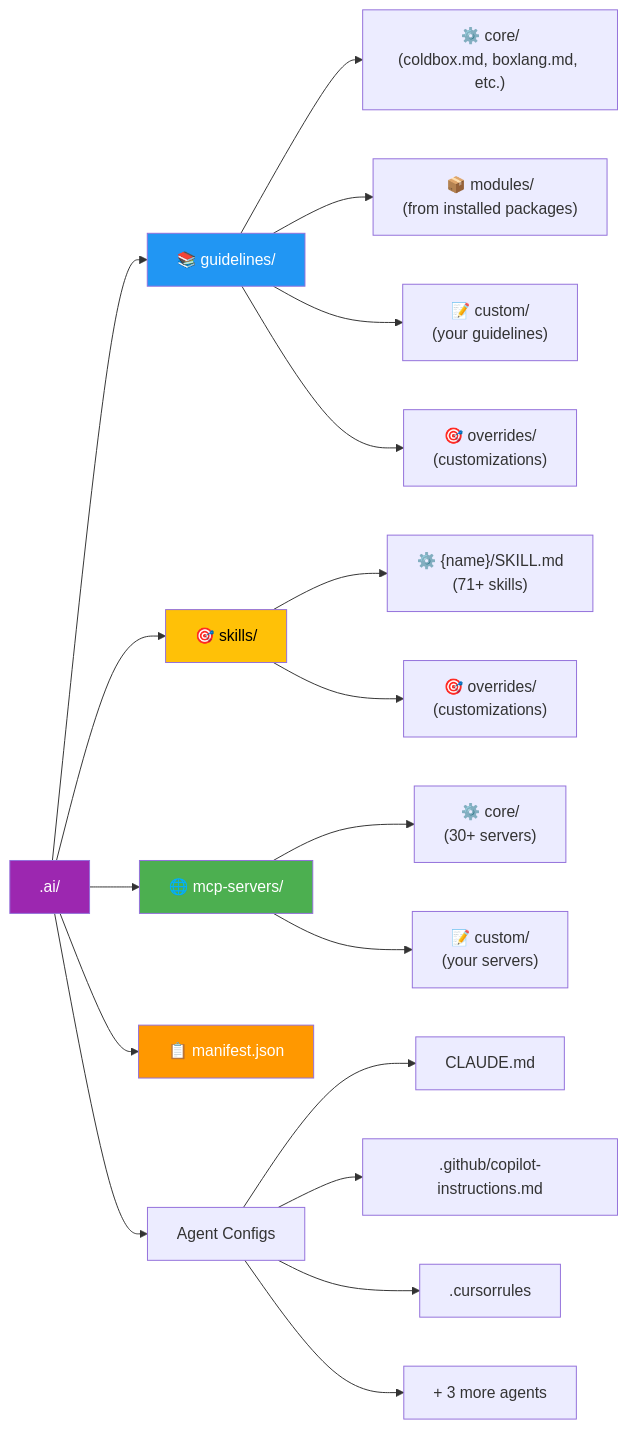
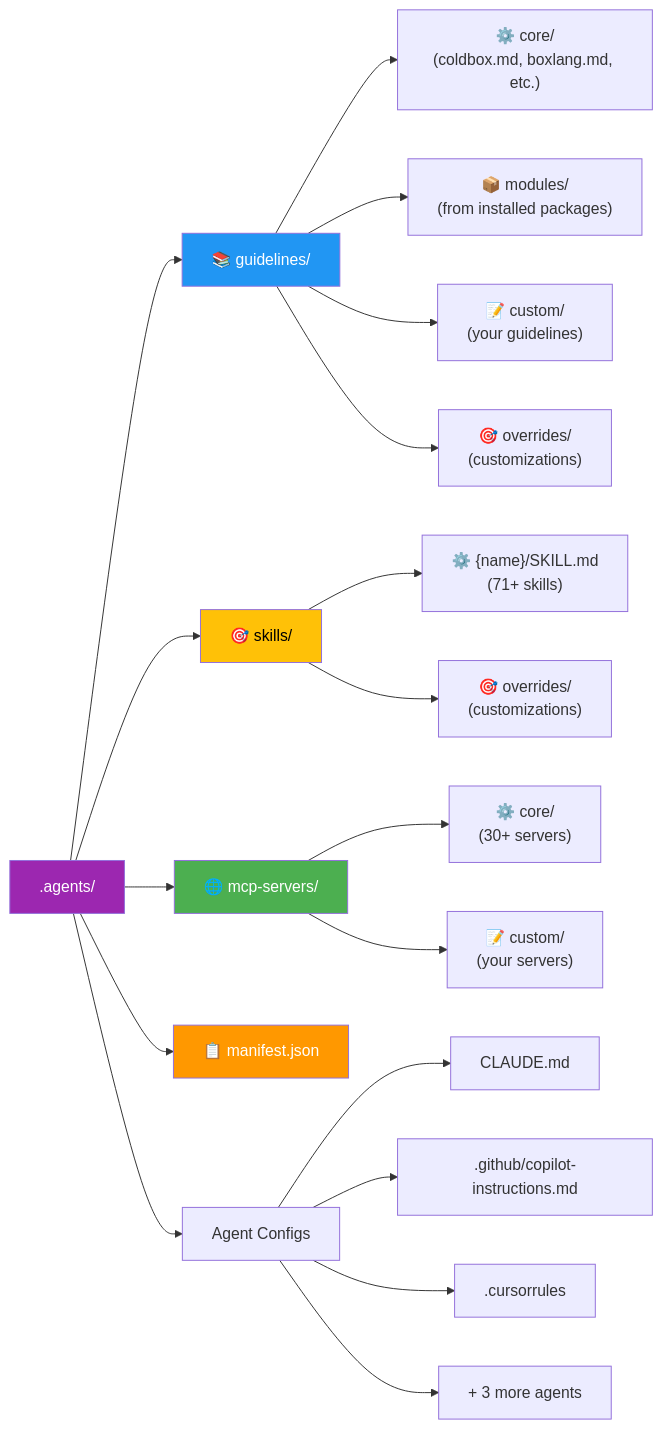
One commit to ortus-docs/coldbox-docs changed the third of 8 diagrams in digging-deeper/ai/agentic-coldbox.md. Above: the diagram before and after it, drawn with Mermaid. The commit also changed other lines of this file, not shown here.

````diff
--- a/digging-deeper/ai/agentic-coldbox.md
+++ b/digging-deeper/ai/agentic-coldbox.md
@@ -178,32 +178,32 @@
 ```mermaid
 graph LR
-    Root[".ai/"]
+    Root[".agents/"]
 
     Root --> Guidelines["📚 guidelines/"]
     Root --> Skills["🎯 skills/"]
     Root --> MCP["🌐 mcp-servers/"]
     Root --> Manifest["📋 manifest.json"]
 
     Guidelines --> GCore["⚙️ core/\n(coldbox.md, boxlang.md, etc.)"]
     Guidelines --> GModules["📦 modules/\n(from installed packages)"]
     Guidelines --> GCustom["📝 custom/\n(your guidelines)"]
     Guidelines --> GOverride["🎯 overrides/\n(customizations)"]
 
     Skills --> SSkills["⚙️ {name}/SKILL.md\n(71+ skills)"]
     Skills --> SOverride["🎯 overrides/\n(customizations)"]
 
     MCP --> MCPCore["⚙️ core/\n(30+ servers)"]
     MCP --> MCPCustom["📝 custom/\n(your servers)"]
 
     Root --> Agents["Agent Configs"]
     Agents --> Claude["CLAUDE.md"]
     Agents --> Copilot[".github/copilot-instructions.md"]
     Agents --> Cursor[".cursorrules"]
     Agents --> Other["+ 3 more agents"]
 
     style Root fill:#9c27b0,color:#fff
     style Guidelines fill:#2196f3,color:#fff
     style Skills fill:#ffc107,color:#000
     style MCP fill:#4caf50,color:#fff
     style Manifest fill:#ff9800,color:#fff
 ```
````
